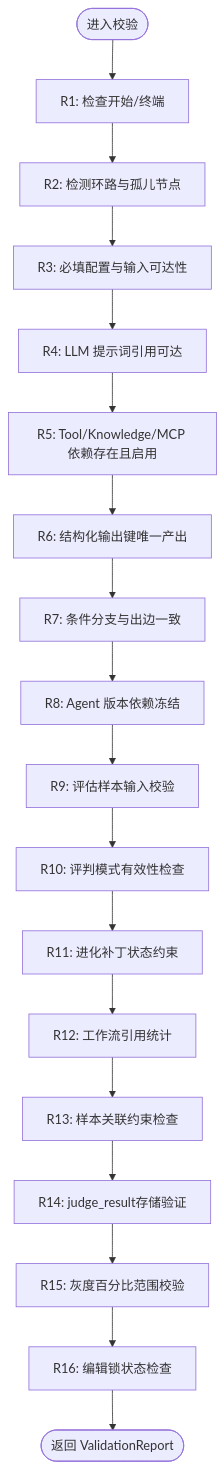
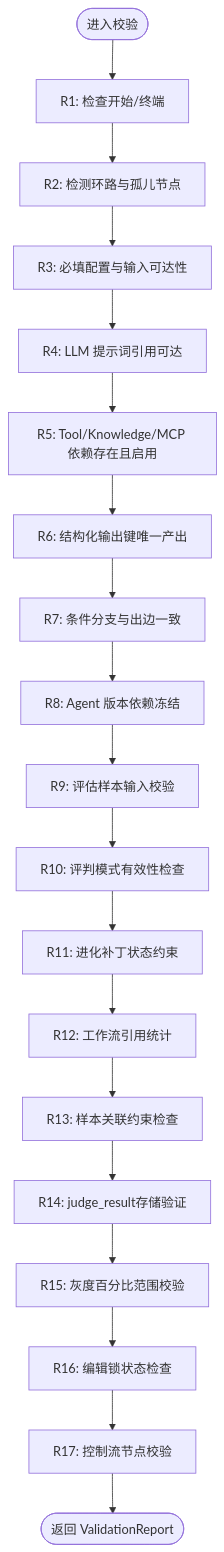
One commit to huiliuxu780/MoreThanCorn changed the third of 3 diagrams in .qoder/repowiki/zh/content/Agent 与工作流域.md. Above: the diagram before and after it, drawn with Mermaid. The commit also changed other lines of this file and 53 other files, not shown here.

````diff
--- a/.qoder/repowiki/zh/content/Agent 与工作流域.md
+++ b/.qoder/repowiki/zh/content/Agent 与工作流域.md
@@ -434,20 +453,21 @@
 ```mermaid
 flowchart TD
 Start(["进入校验"]) --> R1["R1: 检查开始/终端"]
 R1 --> R2["R2: 检测环路与孤儿节点"]
 R2 --> R3["R3: 必填配置与输入可达性"]
 R3 --> R4["R4: LLM 提示词引用可达"]
 R4 --> R5["R5: Tool/Knowledge/MCP 依赖存在且启用"]
 R5 --> R6["R6: 结构化输出键唯一产出"]
 R6 --> R7["R7: 条件分支与出边一致"]
 R7 --> R8["R8: Agent 版本依赖冻结"]
 R8 --> R9["R9: 评估样本输入校验"]
 R9 --> R10["R10: 评判模式有效性检查"]
 R10 --> R11["R11: 进化补丁状态约束"]
 R11 --> R12["R12: 工作流引用统计"]
 R12 --> R13["R13: 样本关联约束检查"]
 R13 --> R14["R14: judge_result存储验证"]
 R14 --> R15["R15: 灰度百分比范围校验"]
 R15 --> R16["R16: 编辑锁状态检查"]
-R16 --> End(["返回 ValidationReport"])
+R16 --> R17["R17: 控制流节点校验"]
+R17 --> End(["返回 ValidationReport"])
 ```
````
